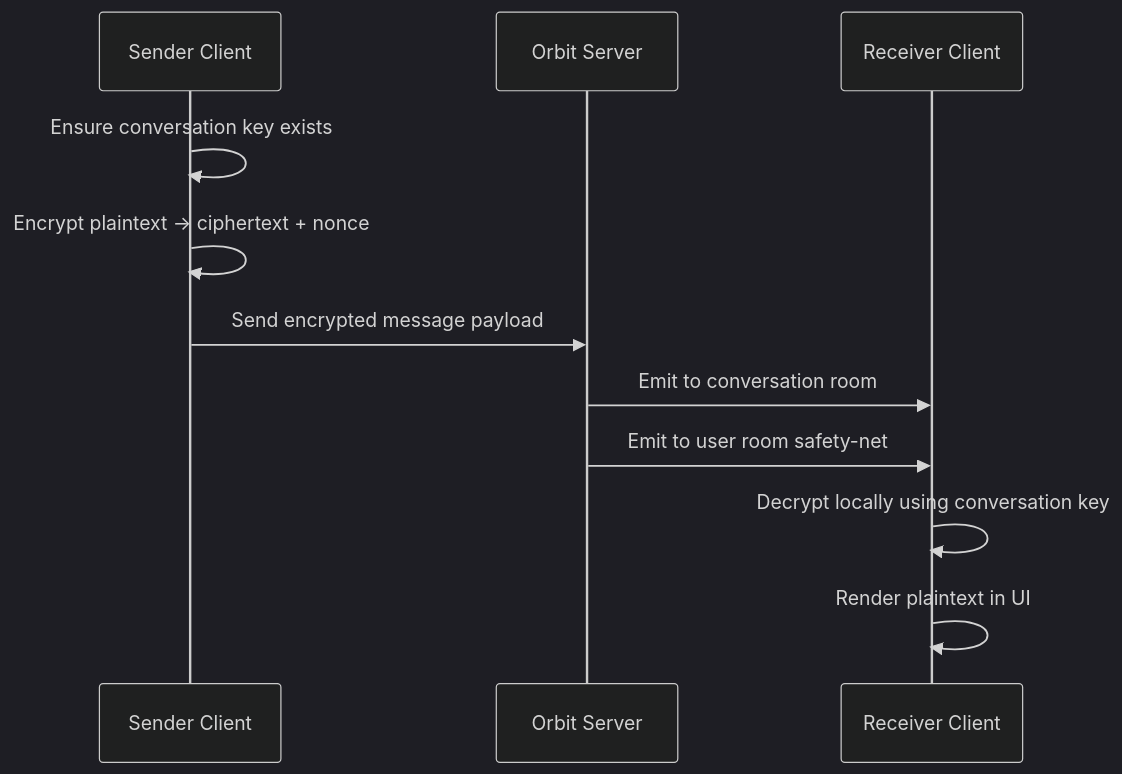
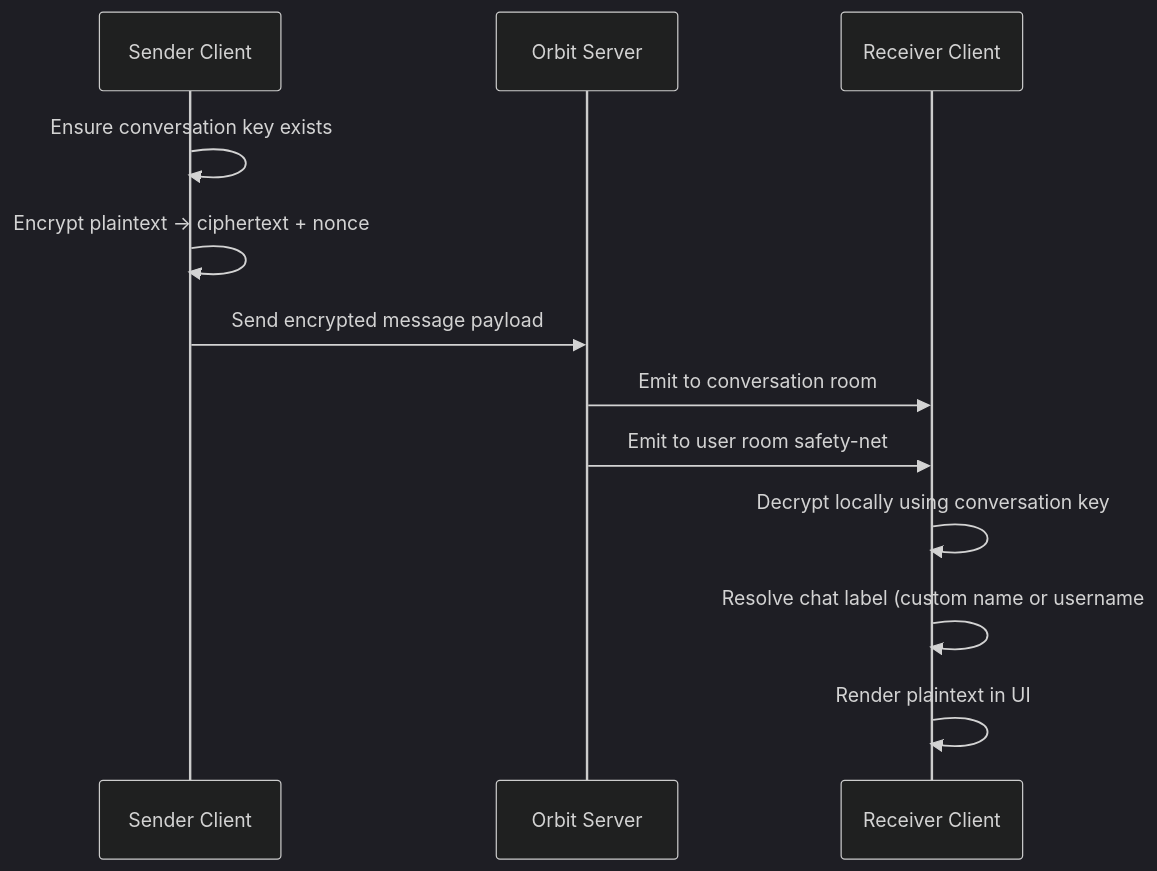
The second of 5 diagrams in README.md (orbit-chat/orbit-chat), drawn with Mermaid (dark theme) before and after one commit. The commit also changed other lines of this file and 1 other file, not shown here.

Commit message:
feat: add chat display name support and improve error handling in API requests

````diff
--- a/README.md
+++ b/README.md
@@ -146,14 +151,15 @@
 ```mermaid
 sequenceDiagram
 	participant S as Sender Client
 	participant API as Orbit Server
 	participant R as Receiver Client
 
 	S->>S: Ensure conversation key exists
 	S->>S: Encrypt plaintext -> ciphertext + nonce
 	S->>API: Send encrypted message payload
 	API->>R: Emit to conversation room
 	API->>R: Emit to user room safety-net
 	R->>R: Decrypt locally using conversation key
+	R->>R: Resolve chat label (custom name or username#chatId)
 	R->>R: Render plaintext in UI
 ```
````
